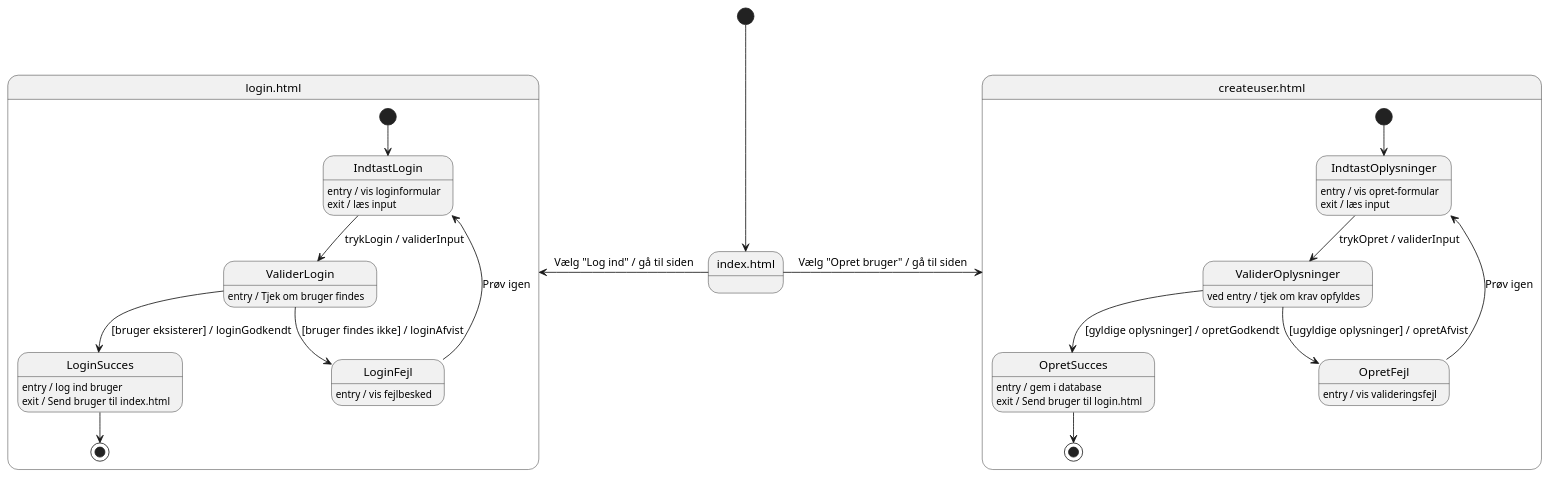
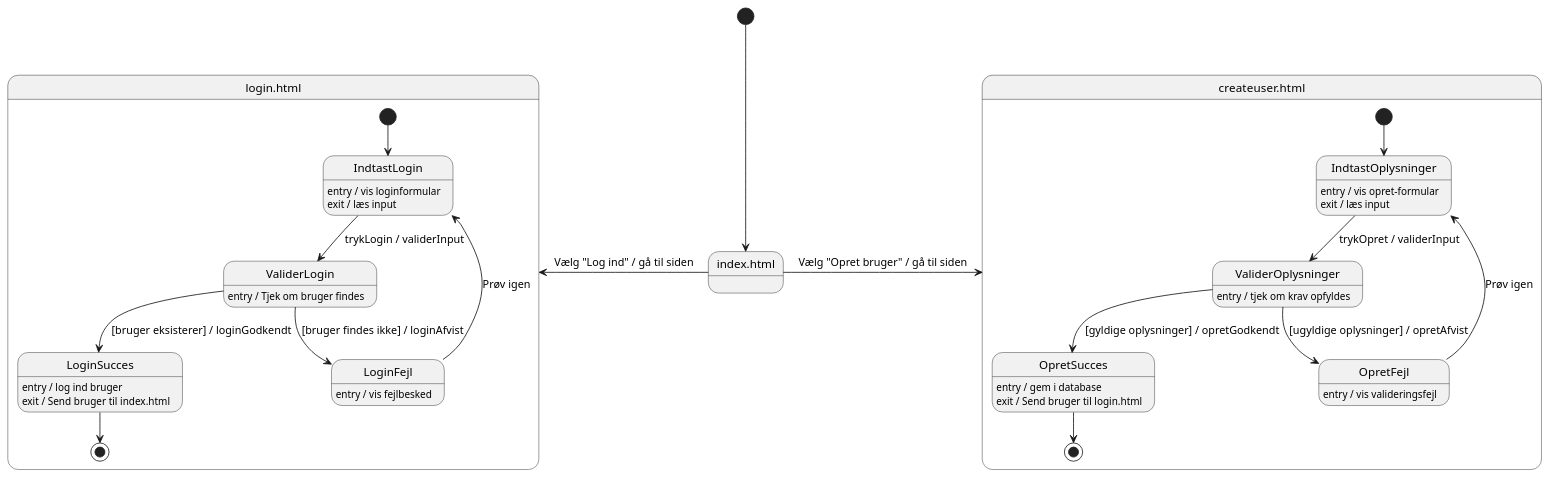
The diagram in docs/login_createuser_statediagram.puml (Mikkel-ao/Carport), drawn with PlantUML before and after one commit. The commit also changed 2 other files, not shown here.

Commit message:
Updated navigation diagrams

```diff
--- a/docs/login_createuser_statediagram.puml
+++ b/docs/login_createuser_statediagram.puml
@@ -1,50 +1,50 @@
 @startuml
 [*] --> Index
 
 state "index.html" as Index
 
 Index -left->  LogInd : Vælg "Log ind" / gå til siden
 Index -right-> OpretBruger : Vælg "Opret bruger" / gå til siden
 
 state "login.html" as LogInd {
   [*] --> IndtastLogin
 
   IndtastLogin : entry / vis loginformular
   IndtastLogin : exit / læs input
 
   ValiderLogin : entry / Tjek om bruger findes
 
   LoginFejl : entry / vis fejlbesked
 
   LoginSucces : entry / log ind bruger
   LoginSucces : exit / Send bruger til index.html
 
   IndtastLogin --> ValiderLogin : trykLogin / validerInput
   ValiderLogin --> LoginSucces : [bruger eksisterer] / loginGodkendt
   ValiderLogin --> LoginFejl : [bruger findes ikke] / loginAfvist
   LoginFejl --> IndtastLogin : Prøv igen
   LoginSucces --> [*]
 }
 
 state "createuser.html" as OpretBruger  {
   [*] --> IndtastOplysninger
 
   IndtastOplysninger : entry / vis opret-formular
   IndtastOplysninger : exit / læs input
 
-  ValiderOplysninger : ved entry / tjek om krav opfyldes
+  ValiderOplysninger : entry / tjek om krav opfyldes
 
   OpretFejl : entry / vis valideringsfejl
 
   OpretSucces : entry / gem i database
   OpretSucces : exit / Send bruger til login.html
 
   IndtastOplysninger --> ValiderOplysninger : trykOpret / validerInput
   ValiderOplysninger --> OpretSucces : [gyldige oplysninger] / opretGodkendt
   ValiderOplysninger --> OpretFejl : [ugyldige oplysninger] / opretAfvist
   OpretFejl --> IndtastOplysninger : Prøv igen
   OpretSucces --> [*]
 }
 
 
 @enduml
```
